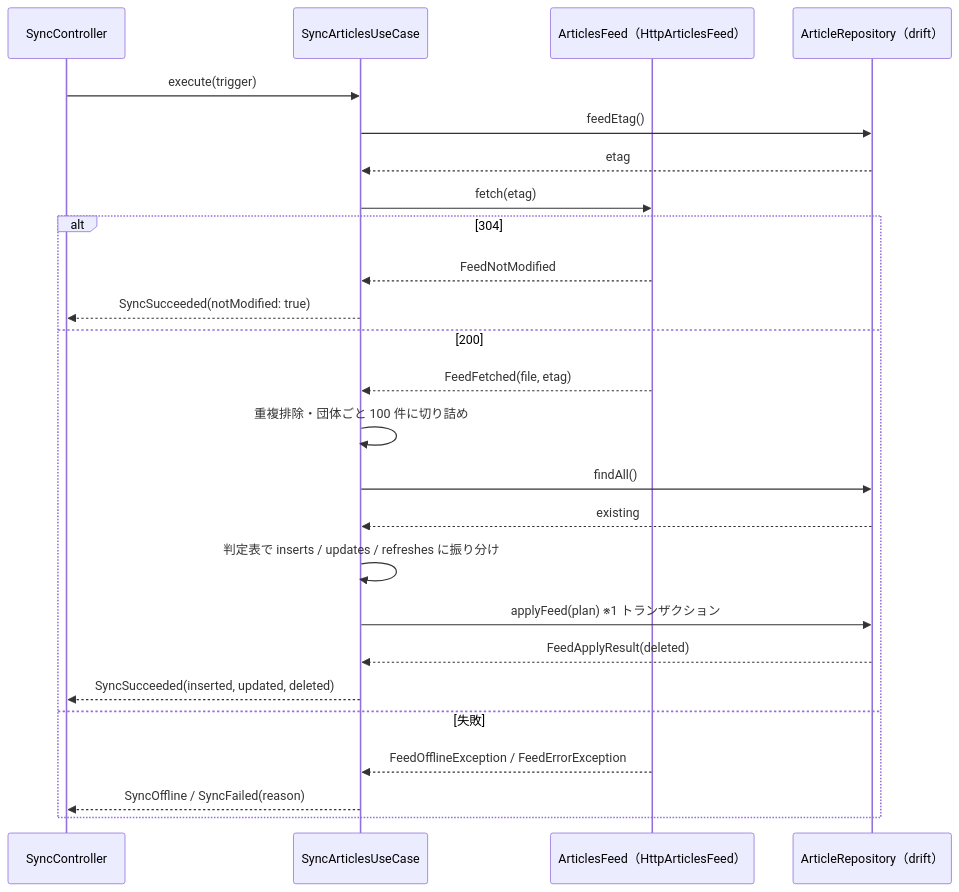
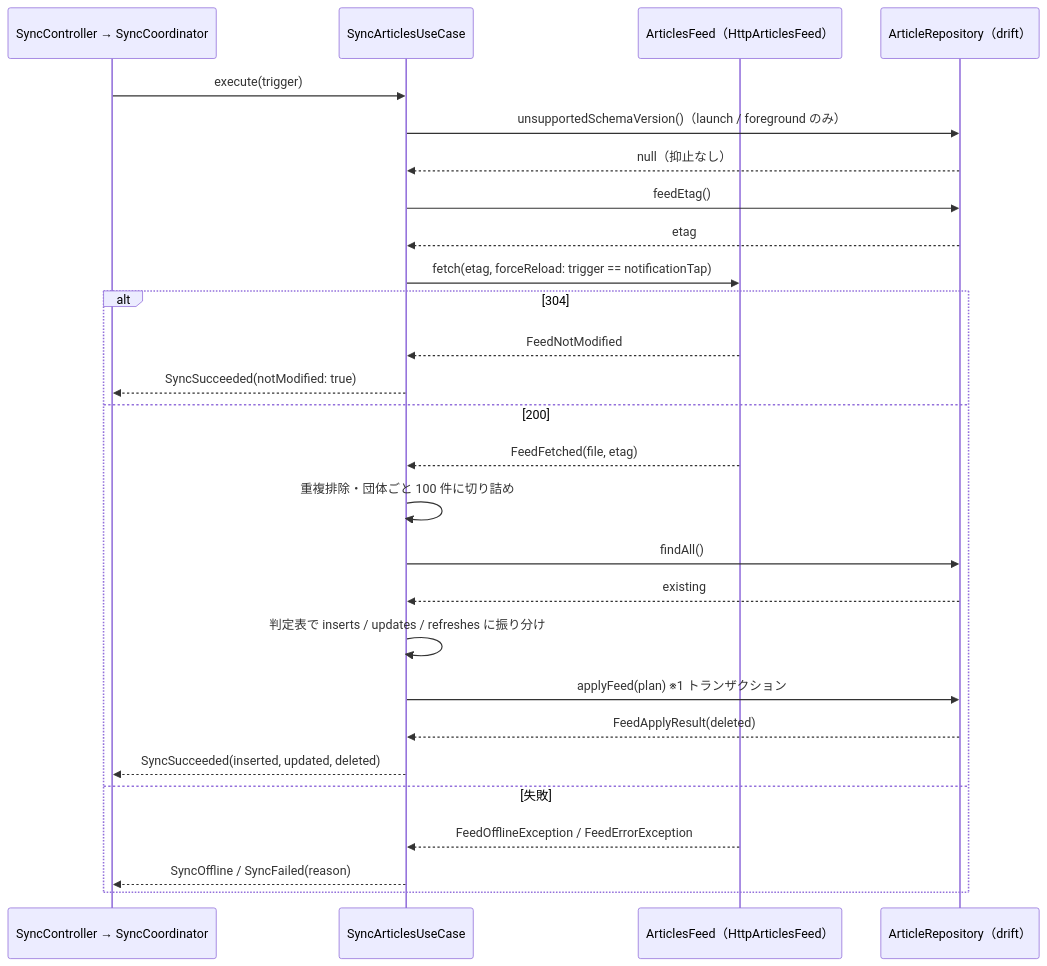
Before and after one commit to sss-kato/curtaincall: the second of 2 diagrams in docs/design/D-04.md, drawn with Mermaid. The commit also changed other lines of this file, not shown here.

````diff
--- a/docs/design/D-04.md
+++ b/docs/design/D-04.md
@@ -873,27 +913,29 @@
 ```mermaid
 sequenceDiagram
-  participant C as SyncController
+  participant C as SyncController → SyncCoordinator
   participant U as SyncArticlesUseCase
   participant F as ArticlesFeed（HttpArticlesFeed）
   participant R as ArticleRepository（drift）
   C->>U: execute(trigger)
+  U->>R: unsupportedSchemaVersion()（launch / foreground のみ）
+  R-->>U: null（抑止なし）
   U->>R: feedEtag()
   R-->>U: etag
-  U->>F: fetch(etag)
+  U->>F: fetch(etag, forceReload: trigger == notificationTap)
   alt 304
     F-->>U: FeedNotModified
     U-->>C: SyncSucceeded(notModified: true)
   else 200
     F-->>U: FeedFetched(file, etag)
     U->>U: 重複排除・団体ごと 100 件に切り詰め
     U->>R: findAll()
     R-->>U: existing
     U->>U: 判定表で inserts / updates / refreshes に振り分け
     U->>R: applyFeed(plan)  ※1 トランザクション
     R-->>U: FeedApplyResult(deleted)
     U-->>C: SyncSucceeded(inserted, updated, deleted)
   else 失敗
     F-->>U: FeedOfflineException / FeedErrorException
     U-->>C: SyncOffline / SyncFailed(reason)
   end
 ```
````
